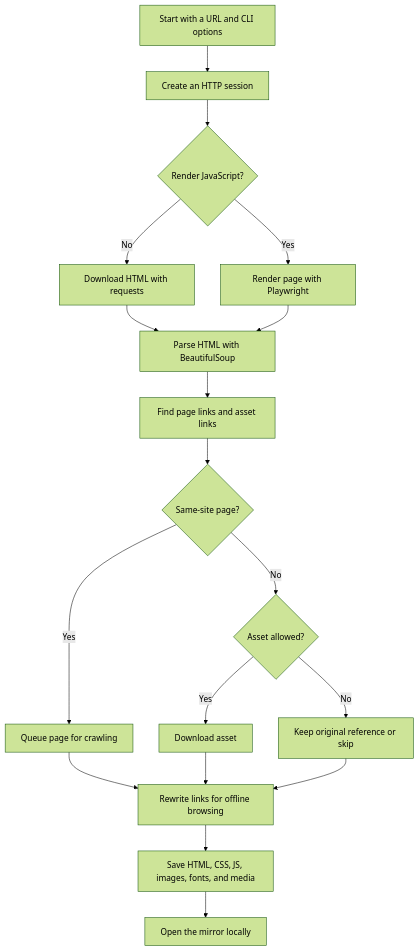
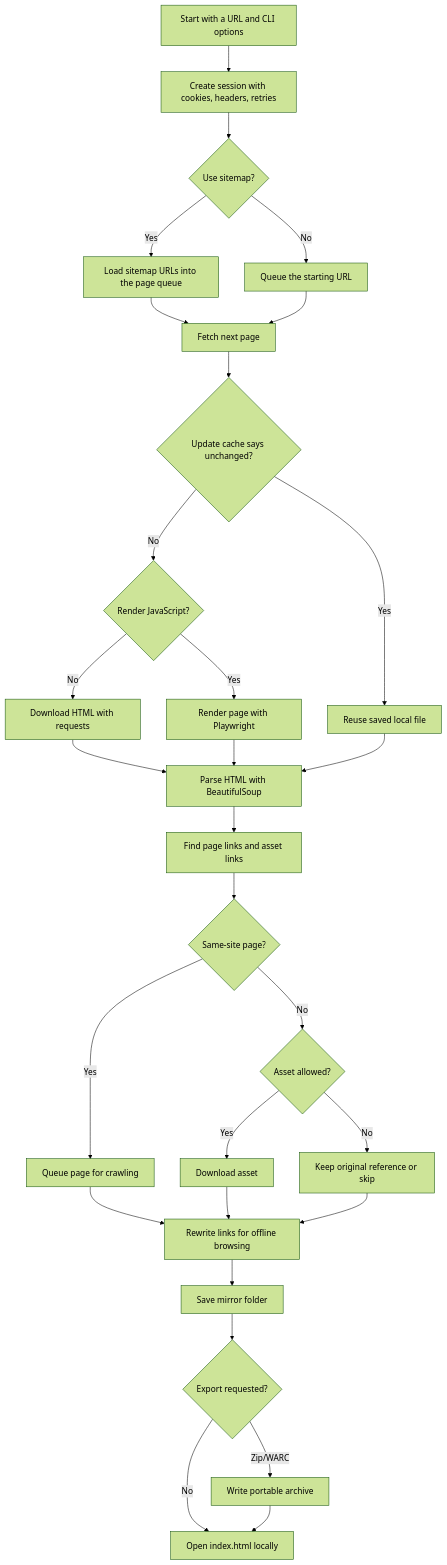
The diagram in README.md (PKHarsimran/website-downloader), drawn with Mermaid (forest theme) before and after one commit. The commit also changed other lines of this file, not shown here.

Commit message:
Clarify competitive README docs

````diff
--- a/README.md
+++ b/README.md
@@ -52,20 +63,31 @@
 ```mermaid
 flowchart TD
-    A["Start with a URL and CLI options"] --> B["Create an HTTP session"]
-    B --> C{"Render JavaScript?"}
-    C -- "No" --> D["Download HTML with requests"]
-    C -- "Yes" --> E["Render page with Playwright"]
-    D --> F["Parse HTML with BeautifulSoup"]
+    A["Start with a URL and CLI options"] --> B["Create session with cookies, headers, retries"]
+    B --> C{"Use sitemap?"}
+    C -- "Yes" --> D["Load sitemap URLs into the page queue"]
+    C -- "No" --> E["Queue the starting URL"]
+    D --> F["Fetch next page"]
     E --> F
-    F --> G["Find page links and asset links"]
-    G --> H{"Same-site page?"}
-    H -- "Yes" --> I["Queue page for crawling"]
-    H -- "No" --> J{"Asset allowed?"}
-    J -- "Yes" --> K["Download asset"]
-    J -- "No" --> L["Keep original reference or skip"]
-    I --> M["Rewrite links for offline browsing"]
-    K --> M
-    L --> M
-    M --> N["Save HTML, CSS, JS, images, fonts, and media"]
-    N --> O["Open the mirror locally"]
+    F --> G{"Update cache says unchanged?"}
+    G -- "Yes" --> H["Reuse saved local file"]
+    G -- "No" --> I{"Render JavaScript?"}
+    I -- "No" --> J["Download HTML with requests"]
+    I -- "Yes" --> K["Render page with Playwright"]
+    J --> L["Parse HTML with BeautifulSoup"]
+    K --> L
+    H --> L
+    L --> M["Find page links and asset links"]
+    M --> N{"Same-site page?"}
+    N -- "Yes" --> O["Queue page for crawling"]
+    N -- "No" --> P{"Asset allowed?"}
+    P -- "Yes" --> Q["Download asset"]
+    P -- "No" --> R["Keep original reference or skip"]
+    O --> S["Rewrite links for offline browsing"]
+    Q --> S
+    R --> S
+    S --> T["Save mirror folder"]
+    T --> U{"Export requested?"}
+    U -- "Zip/WARC" --> V["Write portable archive"]
+    U -- "No" --> W["Open index.html locally"]
+    V --> W
 ```
````
